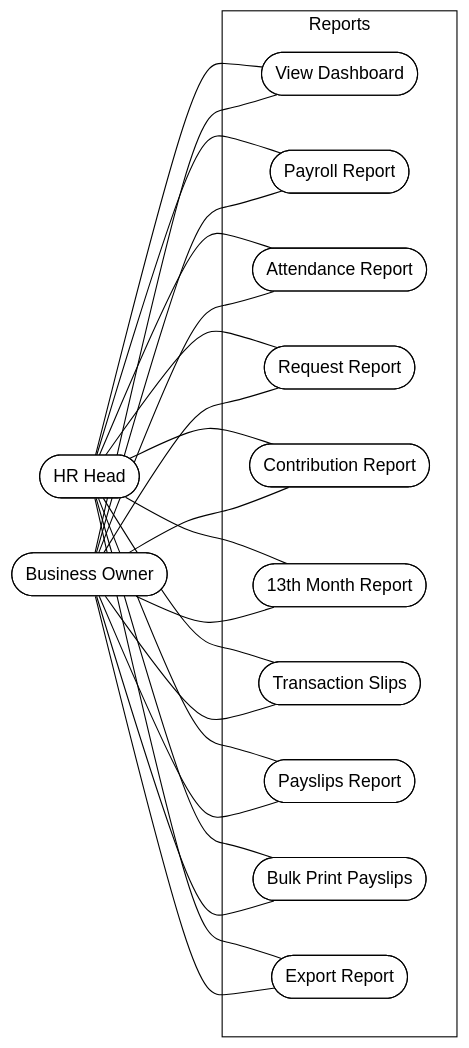
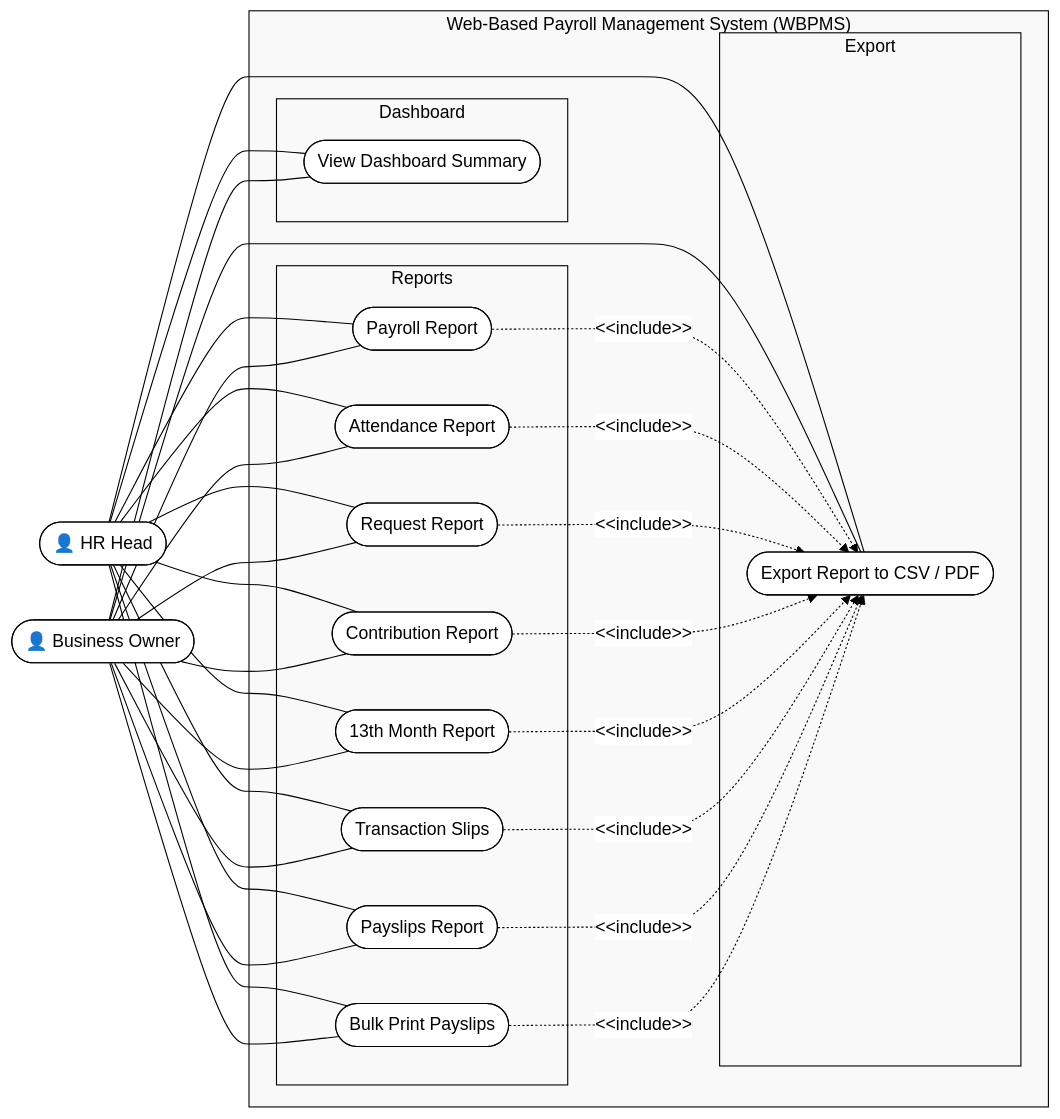
Before and after one commit to romarsares/WBPMS: the diagram in docs/diagrams/v2/uc-07-reports.mmd, drawn with Mermaid. The commit also changed 136 other files, not shown here.

```diff
--- a/docs/diagrams/v2/uc-07-reports.mmd
+++ b/docs/diagrams/v2/uc-07-reports.mmd
@@ -1,19 +1,39 @@
-%%{init: {"theme": "base", "themeVariables": {"primaryColor": "#ffffff", "primaryBorderColor": "#000000", "primaryTextColor": "#000000", "lineColor": "#000000", "background": "#ffffff", "nodeBorder": "#000000", "clusterBkg": "#ffffff", "clusterBorder": "#000000", "edgeLabelBackground": "#ffffff"}}}%%
-flowchart LR
-    HR(["HR Head"])
-    BO(["Business Owner"])
+%%{init: {"theme": "base", "themeVariables": {"primaryColor": "#ffffff", "primaryBorderColor": "#000000", "primaryTextColor": "#000000", "lineColor": "#000000", "background": "#ffffff", "nodeBorder": "#000000", "clusterBkg": "#f9f9f9", "clusterBorder": "#000000", "edgeLabelBackground": "#ffffff"}}}%%
+graph LR
+    HR(["👤 HR Head"])
+    BO(["👤 Business Owner"])
 
-    subgraph SYS["Reports"]
-        UC1(["View Dashboard"])
-        UC2(["Payroll Report"])
-        UC3(["Attendance Report"])
-        UC4(["Request Report"])
-        UC5(["Contribution Report"])
-        UC6(["13th Month Report"])
-        UC7(["Transaction Slips"])
-        UC8(["Payslips Report"])
-        UC9(["Bulk Print Payslips"])
-        UC10(["Export Report"])
+    subgraph SYS["Web-Based Payroll Management System (WBPMS)"]
+        subgraph DASH["Dashboard"]
+            UC1(["View Dashboard Summary"])
+        end
+        subgraph REP["Reports"]
+            UC2(["Payroll Report"])
+            UC3(["Attendance Report"])
+            UC4(["Request Report"])
+            UC5(["Contribution Report"])
+            UC6(["13th Month Report"])
+            UC7(["Transaction Slips"])
+            UC8(["Payslips Report"])
+            UC9(["Bulk Print Payslips"])
+        end
+        subgraph EXP["Export"]
+            UC10(["Export Report to CSV / PDF"])
+        end
     end
 
-    HR & BO --- UC1 & UC2 & UC3 & UC4 & UC5 & UC6 & UC7 & UC8 & UC9 & UC10
+    HR --- UC1 & UC2 & UC3 & UC4 & UC5 & UC6 & UC7 & UC8 & UC9 & UC10
+    BO --- UC1 & UC2 & UC3 & UC4 & UC5 & UC6 & UC7 & UC8 & UC9 & UC10
+
+    UC2 & UC3 & UC4 & UC5 & UC6 & UC7 & UC8 & UC9 -.->|"&lt;&lt;include&gt;&gt;"| UC10
+
+    style UC1 rx:50,ry:50
+    style UC2 rx:50,ry:50
+    style UC3 rx:50,ry:50
+    style UC4 rx:50,ry:50
+    style UC5 rx:50,ry:50
+    style UC6 rx:50,ry:50
+    style UC7 rx:50,ry:50
+    style UC8 rx:50,ry:50
+    style UC9 rx:50,ry:50
+    style UC10 rx:50,ry:50
```
